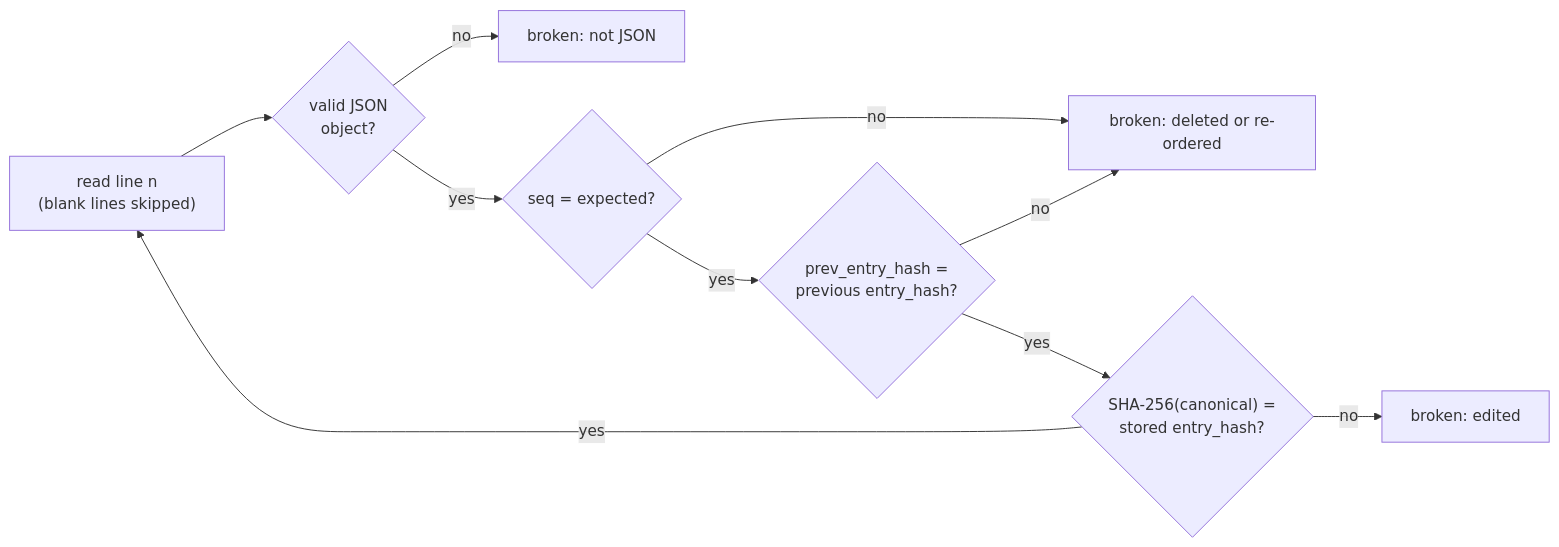
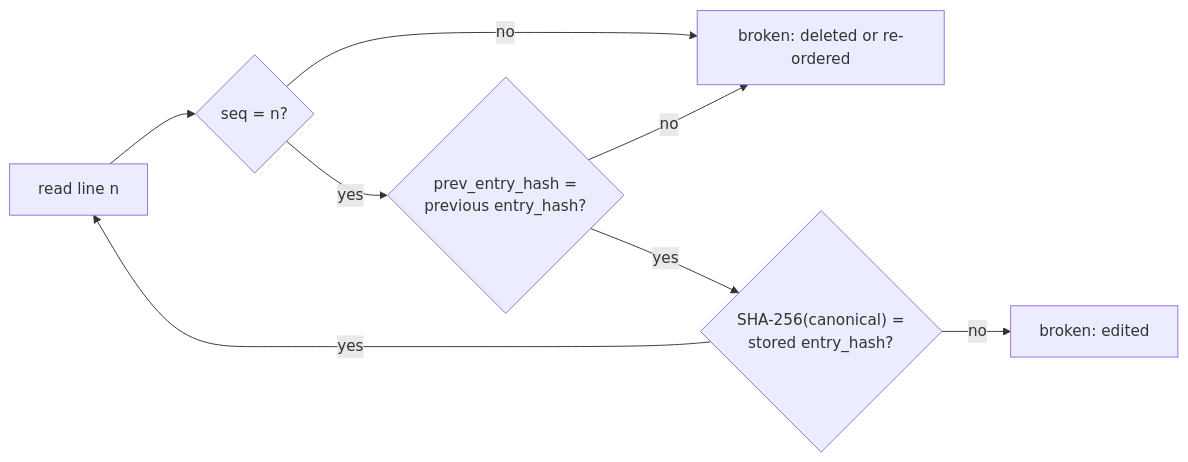
One commit to Panacota96/rv-imgauth changed diagram 15 of 16 in docs/theory.md. Above: the diagram before and after it, drawn with Mermaid. The commit also changed other lines of this file and 84 other files, not shown here.

````diff
--- a/docs/theory.md
+++ b/docs/theory.md
@@ -466,12 +822,10 @@
 ```mermaid
 flowchart LR
-    L["read line n<br/>(blank lines skipped)"] --> J{"valid JSON<br/>object?"}
-    J -->|no| X["broken: not JSON"]
-    J -->|yes| S{"seq = expected?"}
-    S -->|no| D["broken: deleted or re-ordered"]
+    L["read line n"] --> S{"seq = n?"}
+    S -->|no| X["broken: deleted or re-ordered"]
     S -->|yes| P{"prev_entry_hash =<br/>previous entry_hash?"}
-    P -->|no| D
+    P -->|no| X
     P -->|yes| H{"SHA-256(canonical) =<br/>stored entry_hash?"}
     H -->|no| Y["broken: edited"]
     H -->|yes| L
 ```
````
